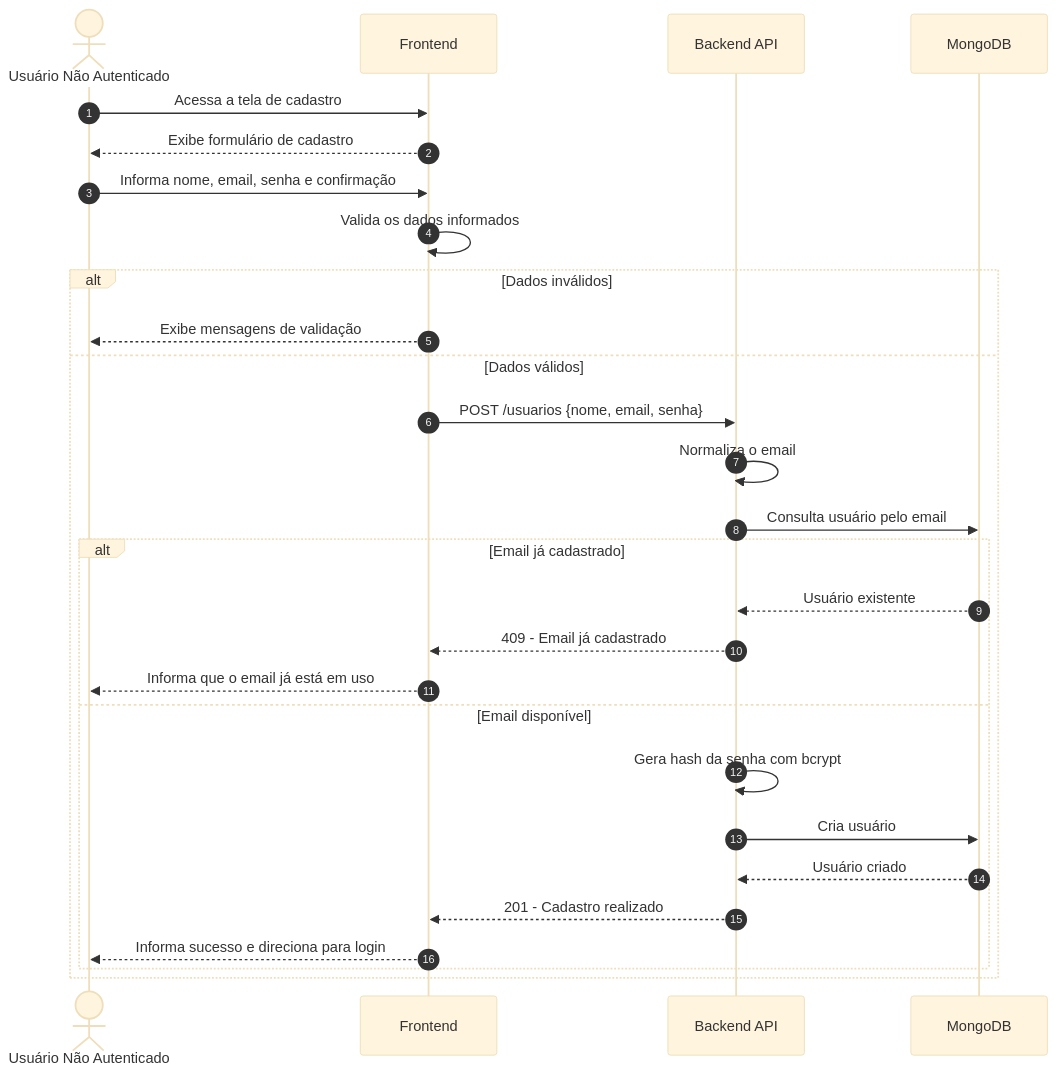
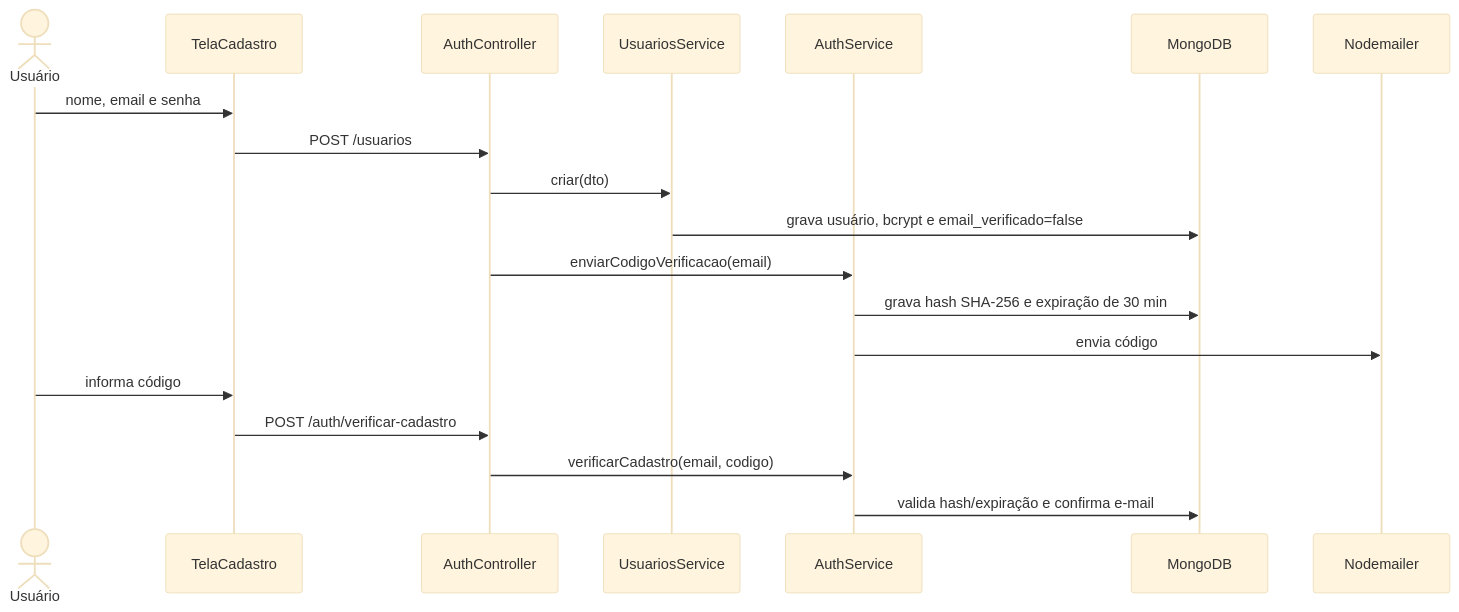
Before and after one commit to Conecta-IFSP/DOCUMENTATION: the first of 7 diagrams in 2 - Incremento1/cadastro-usuario/6 - diagramas-sequencia-cadastro-usuario.md, drawn with Mermaid (base theme). The commit also changed other lines of this file and 43 other files, not shown here.

````diff
--- a/2 - Incremento1/cadastro-usuario/6 - diagramas-sequencia-cadastro-usuario.md
+++ b/2 - Incremento1/cadastro-usuario/6 - diagramas-sequencia-cadastro-usuario.md
@@ -28,36 +7,21 @@
 ```mermaid
 sequenceDiagram
-    autonumber
-
-    actor Usuario as Usuário Não Autenticado
-    participant Frontend as Frontend
-    participant API as Backend API
+    actor U as Usuário
+    participant F as TelaCadastro
+    participant AC as AuthController
+    participant US as UsuariosService
+    participant AS as AuthService
     participant DB as MongoDB
-
-    Usuario->>Frontend: Acessa a tela de cadastro
-    Frontend-->>Usuario: Exibe formulário de cadastro
-
-    Usuario->>Frontend: Informa nome, email, senha e confirmação
-
-    Frontend->>Frontend: Valida os dados informados
-
-    alt Dados inválidos
-        Frontend-->>Usuario: Exibe mensagens de validação
-    else Dados válidos
-        Frontend->>API: POST /usuarios {nome, email, senha}
-        API->>API: Normaliza o email
-        API->>DB: Consulta usuário pelo email
-
-        alt Email já cadastrado
-            DB-->>API: Usuário existente
-            API-->>Frontend: 409 - Email já cadastrado
-            Frontend-->>Usuario: Informa que o email já está em uso
-        else Email disponível
-            API->>API: Gera hash da senha com bcrypt
-            API->>DB: Cria usuário
-            DB-->>API: Usuário criado
-            API-->>Frontend: 201 - Cadastro realizado
-            Frontend-->>Usuario: Informa sucesso e direciona para login
-        end
-    end
+    participant Mail as Nodemailer
+    U->>F: nome, email e senha
+    F->>AC: POST /usuarios
+    AC->>US: criar(dto)
+    US->>DB: grava usuário, bcrypt e email_verificado=false
+    AC->>AS: enviarCodigoVerificacao(email)
+    AS->>DB: grava hash SHA-256 e expiração de 30 min
+    AS->>Mail: envia código
+    U->>F: informa código
+    F->>AC: POST /auth/verificar-cadastro
+    AC->>AS: verificarCadastro(email, codigo)
+    AS->>DB: valida hash/expiração e confirma e-mail
 ```
````
